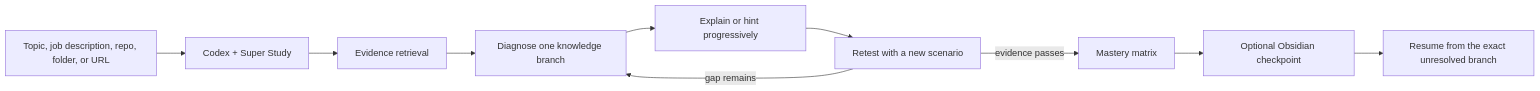
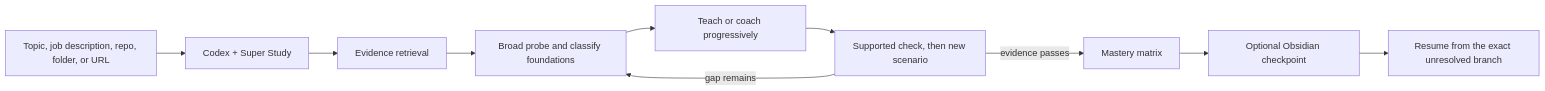
One commit to Loffee5422/super-study changed the diagram in README.md. Above: the diagram before and after it, drawn with Mermaid. The commit also changed other lines of this file and 8 other files, not shown here.

````diff
--- a/README.md
+++ b/README.md
@@ -44,12 +44,12 @@
 ```mermaid
 flowchart LR
     A["Topic, job description, repo, folder, or URL"] --> B["Codex + Super Study"]
     B --> C["Evidence retrieval"]
-    C --> D["Diagnose one knowledge branch"]
-    D --> E["Explain or hint progressively"]
-    E --> F["Retest with a new scenario"]
+    C --> D["Broad probe and classify foundations"]
+    D --> E["Teach or coach progressively"]
+    E --> F["Supported check, then new scenario"]
     F -->|"gap remains"| D
     F -->|"evidence passes"| G["Mastery matrix"]
     G --> H["Optional Obsidian checkpoint"]
     H --> I["Resume from the exact unresolved branch"]
 ```
````
